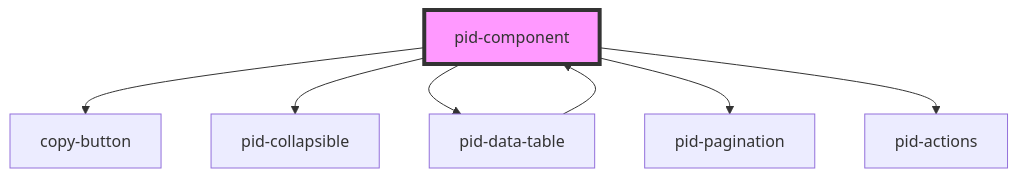
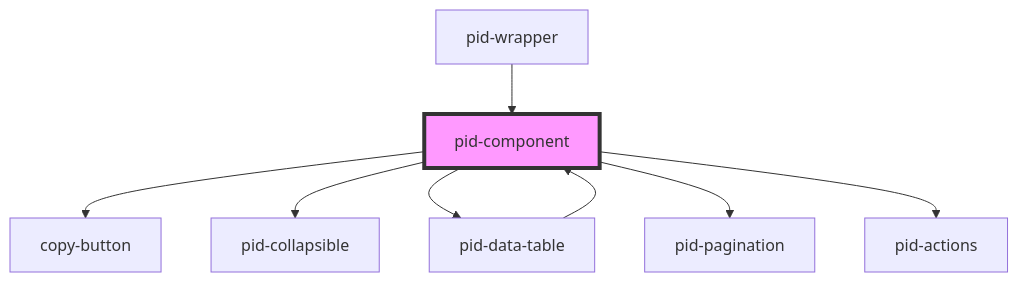
Before and after one commit to kit-data-manager/pid-component: the diagram in packages/stencil-library/src/components/pid-component/readme.md, drawn with Mermaid. The commit also changed other lines of this file and 9 other files, not shown here.

First line of the commit message:
feat(pid-wrapper): forward all pid-component config props to auto-injected components

````diff
--- a/packages/stencil-library/src/components/pid-component/readme.md
+++ b/packages/stencil-library/src/components/pid-component/readme.md
@@ -40,10 +49,11 @@
 ```mermaid
 graph TD;
   pid-component --> copy-button
   pid-component --> pid-collapsible
   pid-component --> pid-data-table
   pid-component --> pid-pagination
   pid-component --> pid-actions
   pid-data-table --> pid-component
+  pid-wrapper --> pid-component
   style pid-component fill:#f9f,stroke:#333,stroke-width:4px
 ```
````
